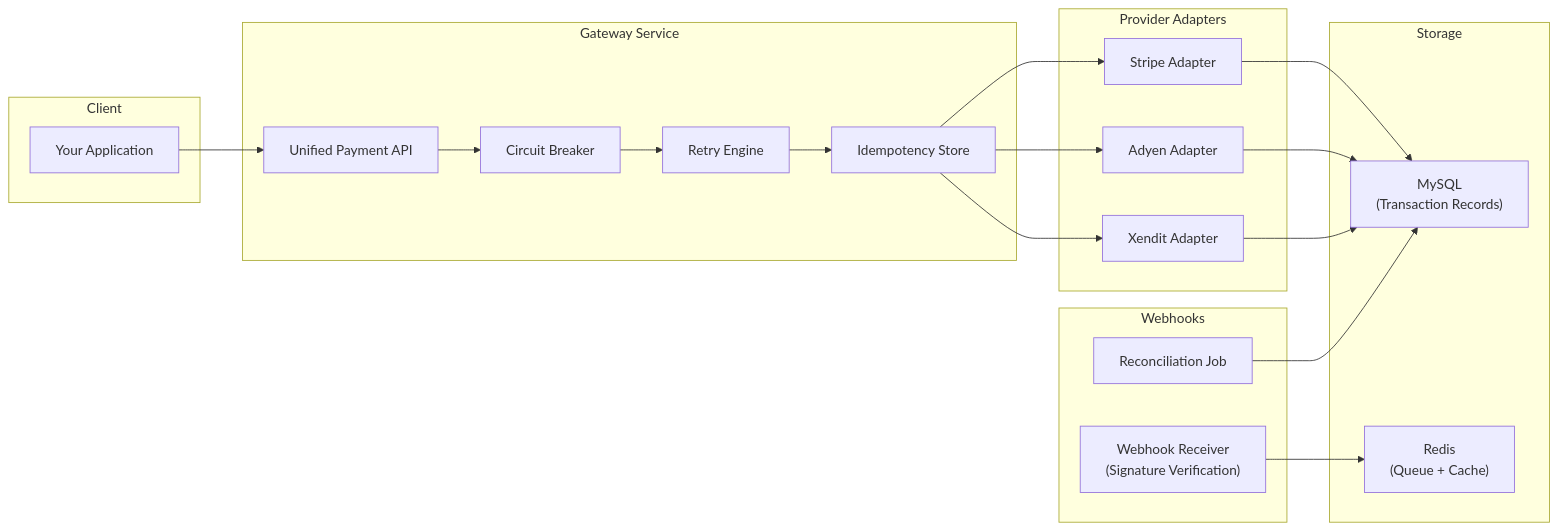
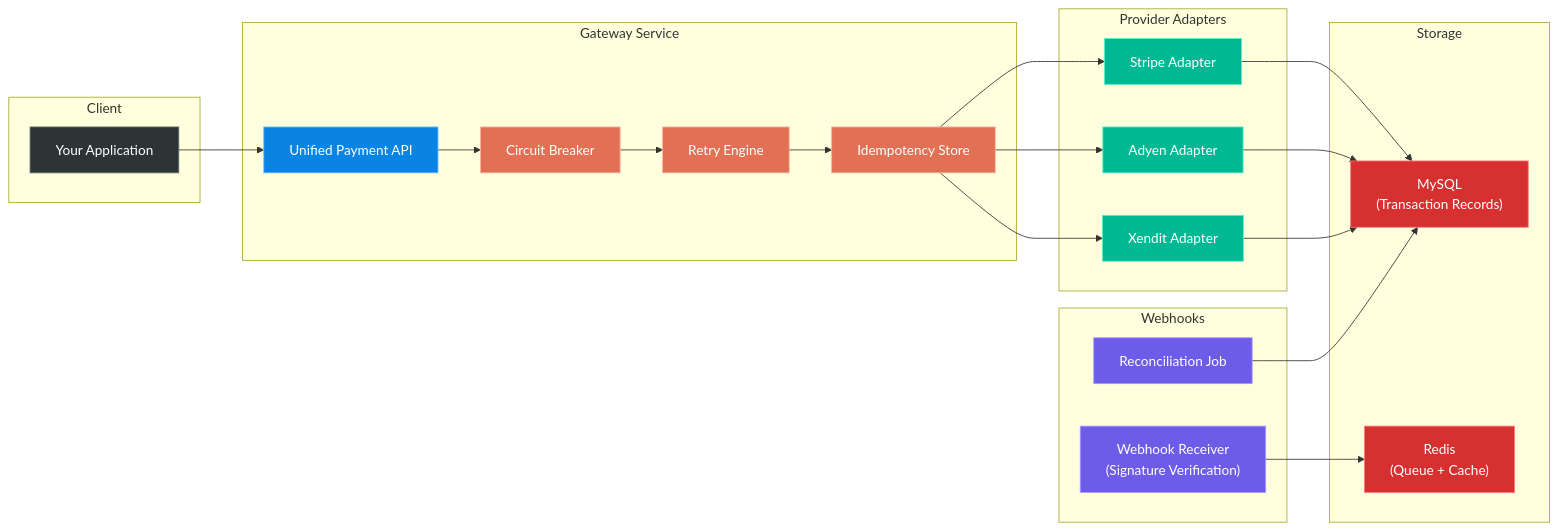
The third of 12 diagrams in content/docs/portfolio-preparation-guide-for-backend-engineer-at-straitsx.md (6066606/u), drawn with Mermaid before and after one commit. The commit also changed other lines of this file and 1 other file, not shown here.

````diff
--- a/content/docs/portfolio-preparation-guide-for-backend-engineer-at-straitsx.md
+++ b/content/docs/portfolio-preparation-guide-for-backend-engineer-at-straitsx.md
@@ -263,43 +281,55 @@
 ```mermaid
 graph LR
     subgraph "Client"
         APP["Your Application"]
     end
 
     subgraph "Gateway Service"
         API["Unified Payment API"]
         CIRCUIT["Circuit Breaker"]
         RETRY["Retry Engine"]
         IDEMPOT["Idempotency Store"]
     end
 
     subgraph "Provider Adapters"
         ADAPTER_A["Stripe Adapter"]
         ADAPTER_B["Adyen Adapter"]
         ADAPTER_C["Xendit Adapter"]
     end
 
     subgraph "Storage"
         MYSQL["MySQL<br/>(Transaction Records)"]
         REDIS["Redis<br/>(Queue + Cache)"]
     end
 
     subgraph "Webhooks"
         WEBHOOK["Webhook Receiver<br/>(Signature Verification)"]
         RECONCILE["Reconciliation Job"]
     end
 
     APP --> API
     API --> CIRCUIT
     CIRCUIT --> RETRY
     RETRY --> IDEMPOT
     IDEMPOT --> ADAPTER_A
     IDEMPOT --> ADAPTER_B
     IDEMPOT --> ADAPTER_C
     ADAPTER_A --> MYSQL
     ADAPTER_B --> MYSQL
     ADAPTER_C --> MYSQL
     WEBHOOK --> REDIS
     RECONCILE --> MYSQL
 
+    style APP fill:#2d3436,stroke:#636e72,color:#fff
+    style API fill:#0984e3,stroke:#74b9ff,color:#fff
+    style CIRCUIT fill:#e17055,stroke:#fab1a0,color:#fff
+    style RETRY fill:#e17055,stroke:#fab1a0,color:#fff
+    style IDEMPOT fill:#e17055,stroke:#fab1a0,color:#fff
+    style ADAPTER_A fill:#00b894,stroke:#55efc4,color:#fff
+    style ADAPTER_B fill:#00b894,stroke:#55efc4,color:#fff
+    style ADAPTER_C fill:#00b894,stroke:#55efc4,color:#fff
+    style MYSQL fill:#d63031,stroke:#ff7675,color:#fff
+    style REDIS fill:#d63031,stroke:#ff7675,color:#fff
+    style WEBHOOK fill:#6c5ce7,stroke:#a29bfe,color:#fff
+    style RECONCILE fill:#6c5ce7,stroke:#a29bfe,color:#fff
 ```
````
